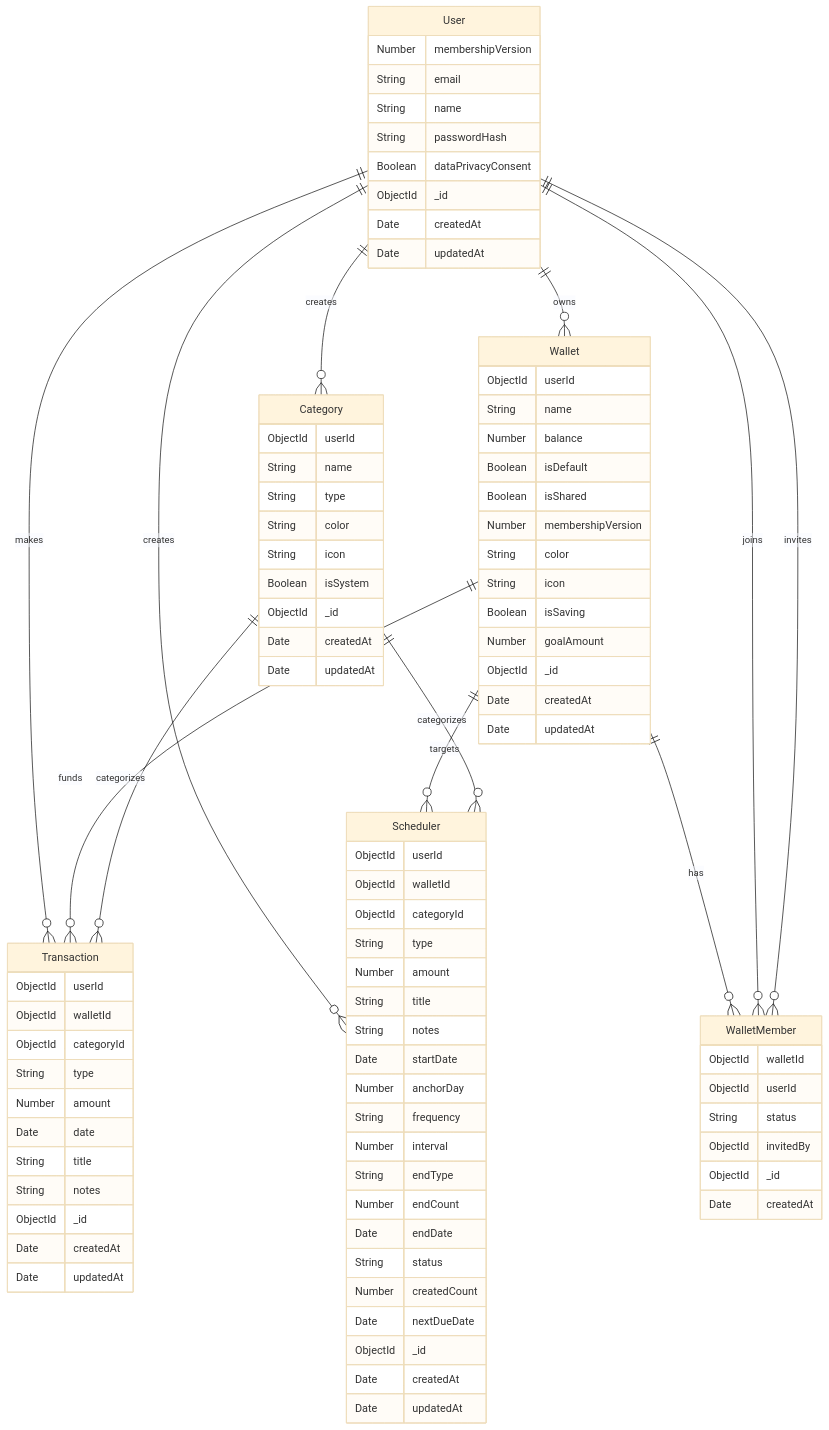
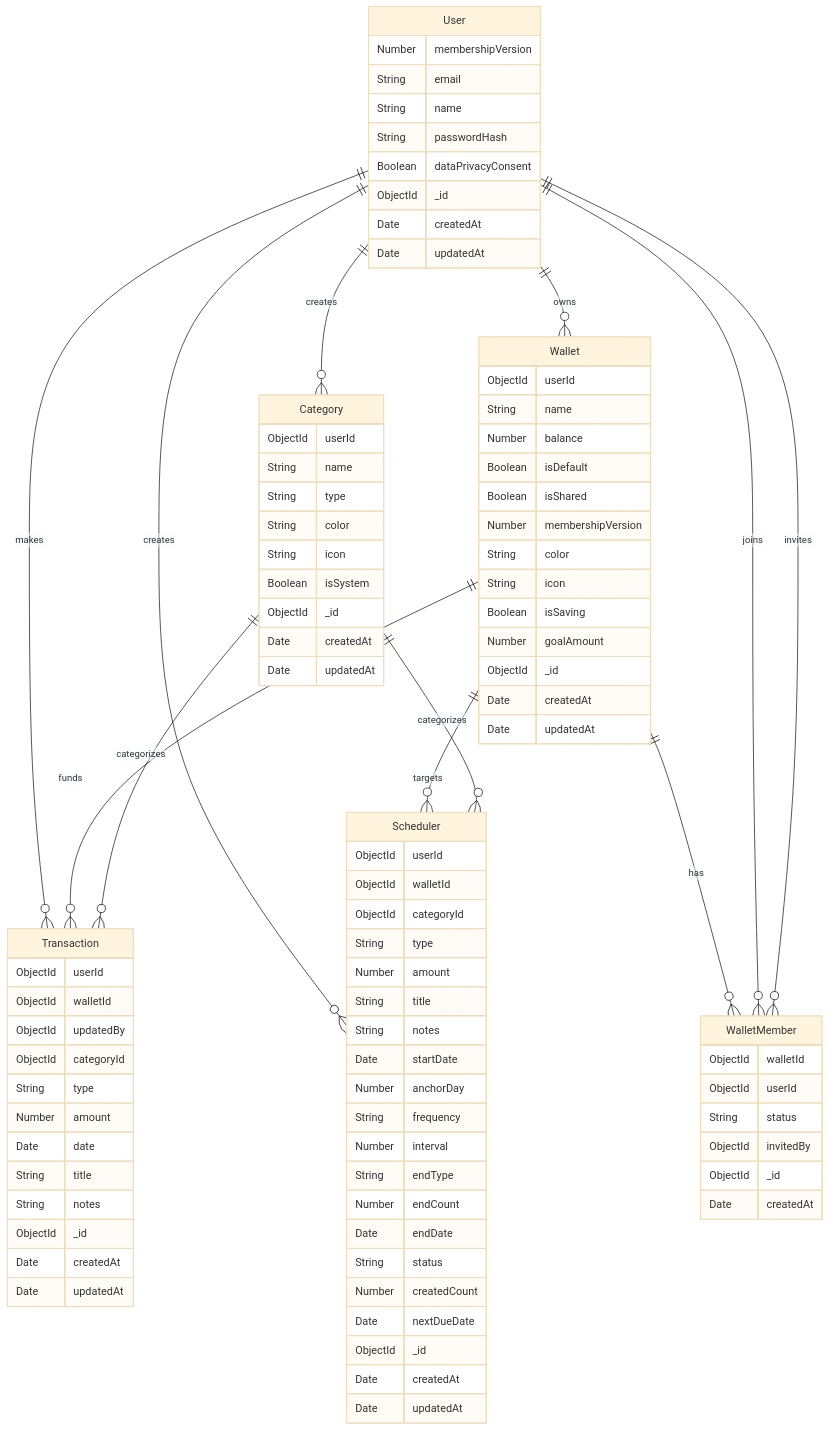
Before and after one commit to ComBiao/FinLover: the diagram in docs/ERD.md, drawn with Mermaid (base theme).

Commit message:
docs: update ERD diagram with Transaction updatedBy field

```diff
--- a/docs/ERD.md
+++ b/docs/ERD.md
@@ -66,6 +66,7 @@
   Transaction {
     ObjectId userId
     ObjectId walletId
+    ObjectId updatedBy
     ObjectId categoryId
     String type
     Number amount
```
